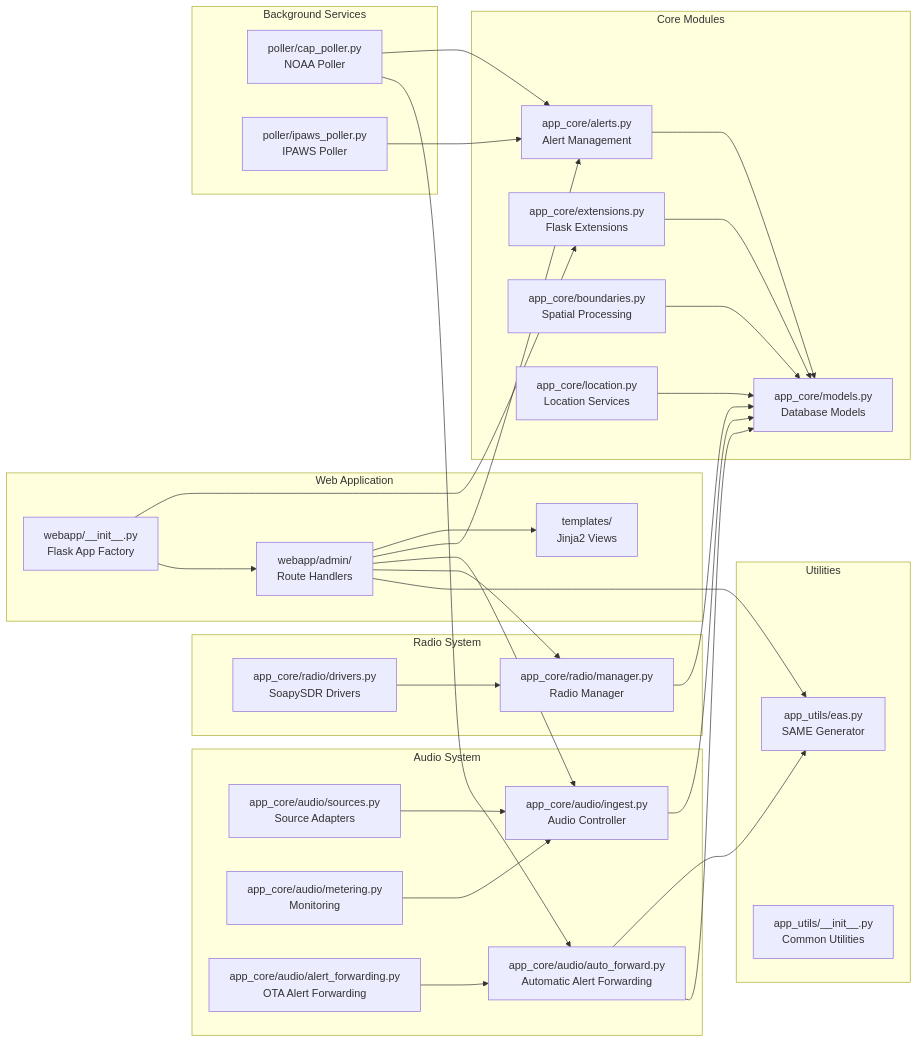
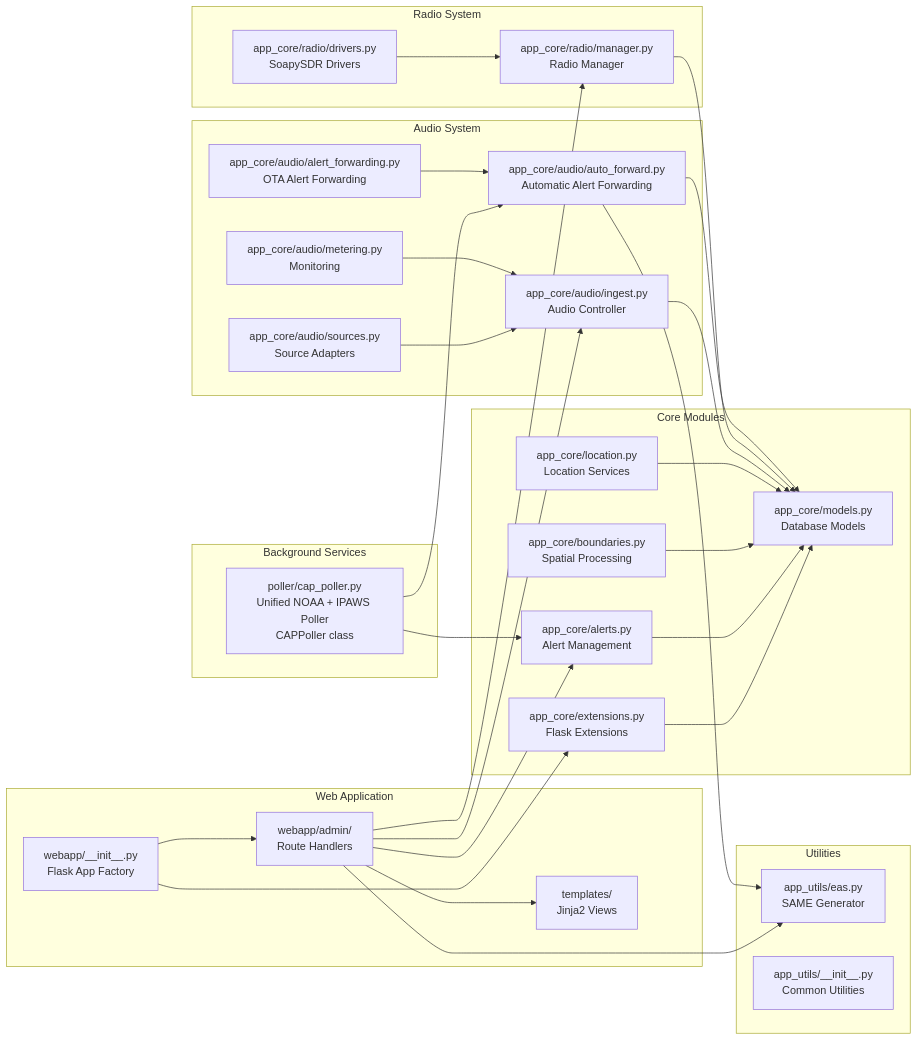
One commit to KR8MER/eas-station changed the second of 21 diagrams in docs/architecture/SYSTEM_ARCHITECTURE.md. Above: the diagram before and after it, drawn with Mermaid. The commit also changed other lines of this file and 43 other files, not shown here.

````diff
--- a/docs/architecture/SYSTEM_ARCHITECTURE.md
+++ b/docs/architecture/SYSTEM_ARCHITECTURE.md
@@ -139,63 +145,61 @@
 ```mermaid
 graph LR
     subgraph "Core Modules"
         MODELS[app_core/models.py<br>Database Models]
         EXT[app_core/extensions.py<br>Flask Extensions]
         ALERTS[app_core/alerts.py<br>Alert Management]
         BOUNDARIES[app_core/boundaries.py<br>Spatial Processing]
         LOCATION[app_core/location.py<br>Location Services]
     end
 
     subgraph "Audio System"
         AUDIO_INGEST[app_core/audio/ingest.py<br>Audio Controller]
         AUDIO_SOURCES[app_core/audio/sources.py<br>Source Adapters]
         AUDIO_METER[app_core/audio/metering.py<br>Monitoring]
         AUTO_FWD[app_core/audio/auto_forward.py<br>Automatic Alert Forwarding]
         ALERT_FWD[app_core/audio/alert_forwarding.py<br>OTA Alert Forwarding]
     end
 
     subgraph "Radio System"
         RADIO_MGR[app_core/radio/manager.py<br>Radio Manager]
         RADIO_DRV[app_core/radio/drivers.py<br>SoapySDR Drivers]
     end
 
     subgraph "Utilities"
         EAS_UTIL[app_utils/eas.py<br>SAME Generator]
         UTILS[app_utils/__init__.py<br>Common Utilities]
     end
 
     subgraph "Web Application"
         WEBAPP[webapp/__init__.py<br>Flask App Factory]
         ROUTES[webapp/admin/<br>Route Handlers]
         TEMPLATES[templates/<br>Jinja2 Views]
     end
 
     subgraph "Background Services"
-        CAP_POLL[poller/cap_poller.py<br>NOAA Poller]
-        IPAWS_POLL[poller/ipaws_poller.py<br>IPAWS Poller]
+        CAP_POLL[poller/cap_poller.py<br>Unified NOAA + IPAWS Poller<br>CAPPoller class]
     end
 
     %% Dependencies
     EXT --> MODELS
     ALERTS --> MODELS
     BOUNDARIES --> MODELS
     LOCATION --> MODELS
     AUDIO_INGEST --> MODELS
     RADIO_MGR --> MODELS
     WEBAPP --> EXT
     WEBAPP --> ROUTES
     ROUTES --> TEMPLATES
     ROUTES --> ALERTS
     ROUTES --> AUDIO_INGEST
     ROUTES --> RADIO_MGR
     ROUTES --> EAS_UTIL
     CAP_POLL --> ALERTS
     CAP_POLL --> AUTO_FWD
-    IPAWS_POLL --> ALERTS
     AUDIO_SOURCES --> AUDIO_INGEST
     AUDIO_METER --> AUDIO_INGEST
     RADIO_DRV --> RADIO_MGR
     AUTO_FWD --> EAS_UTIL
     AUTO_FWD --> MODELS
     ALERT_FWD --> AUTO_FWD
 ```
````
